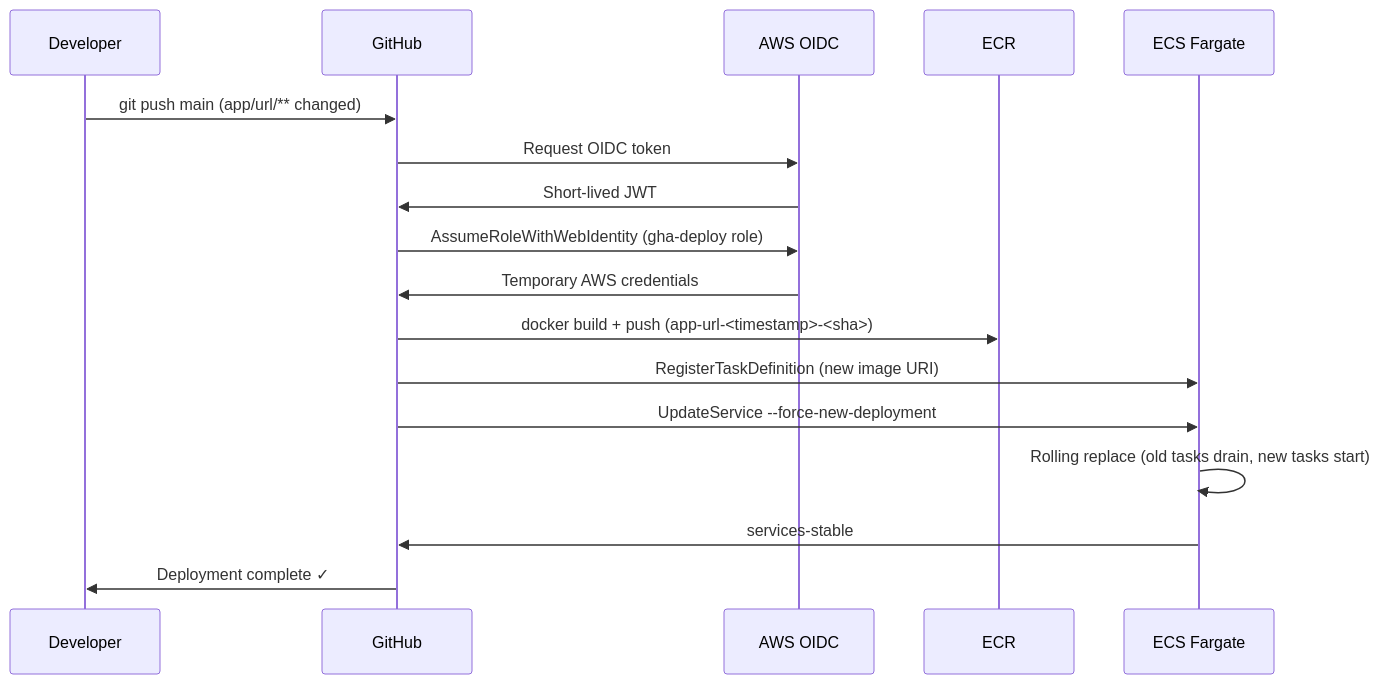
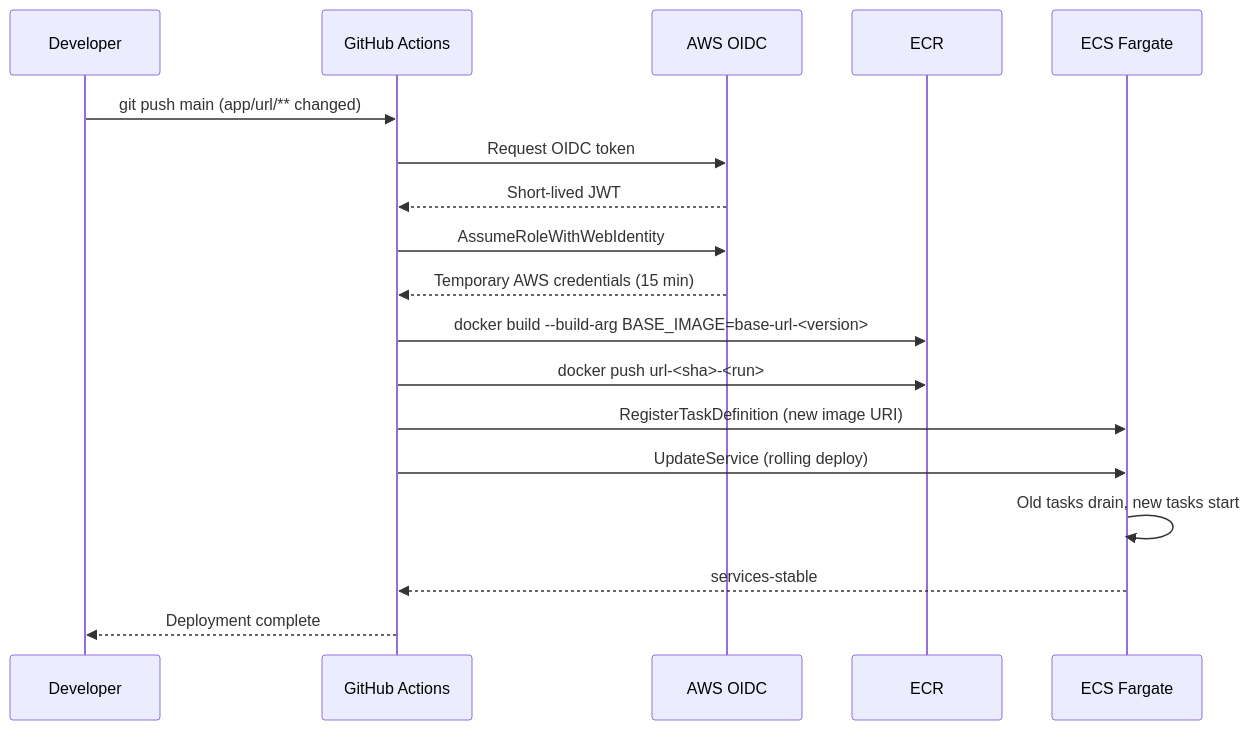
Before and after one commit to juanchencs/production-mlops-url-pe-classification: the second of 3 diagrams in README.md, drawn with Mermaid. The commit also changed other lines of this file and 33 other files, not shown here.

````diff
--- a/README.md
+++ b/README.md
@@ -61,20 +71,21 @@
 ```mermaid
 sequenceDiagram
     participant Dev as Developer
-    participant GH as GitHub
+    participant GH as GitHub Actions
     participant OIDC as AWS OIDC
     participant ECR as ECR
     participant ECS as ECS Fargate
 
     Dev->>GH: git push main (app/url/** changed)
     GH->>OIDC: Request OIDC token
-    OIDC->>GH: Short-lived JWT
-    GH->>OIDC: AssumeRoleWithWebIdentity (gha-deploy role)
-    OIDC->>GH: Temporary AWS credentials
-    GH->>ECR: docker build + push (app-url-<timestamp>-<sha>)
+    OIDC-->>GH: Short-lived JWT
+    GH->>OIDC: AssumeRoleWithWebIdentity
+    OIDC-->>GH: Temporary AWS credentials (15 min)
+    GH->>ECR: docker build --build-arg BASE_IMAGE=base-url-<version>
+    GH->>ECR: docker push url-<sha>-<run>
     GH->>ECS: RegisterTaskDefinition (new image URI)
-    GH->>ECS: UpdateService --force-new-deployment
-    ECS->>ECS: Rolling replace (old tasks drain, new tasks start)
-    ECS->>GH: services-stable
-    GH->>Dev: Deployment complete ✓
+    GH->>ECS: UpdateService (rolling deploy)
+    ECS->>ECS: Old tasks drain, new tasks start
+    ECS-->>GH: services-stable
+    GH-->>Dev: Deployment complete
 ```
````
